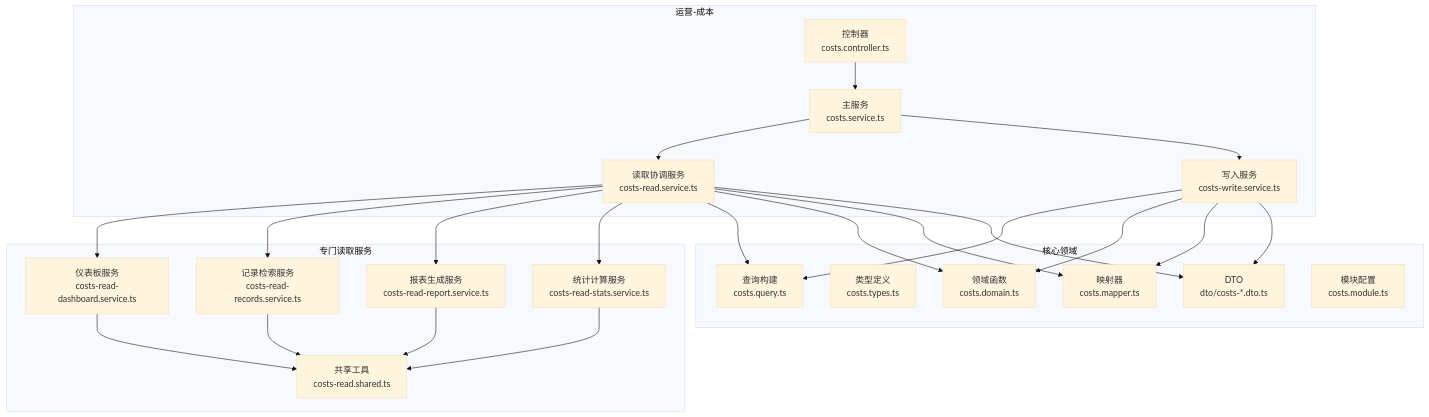
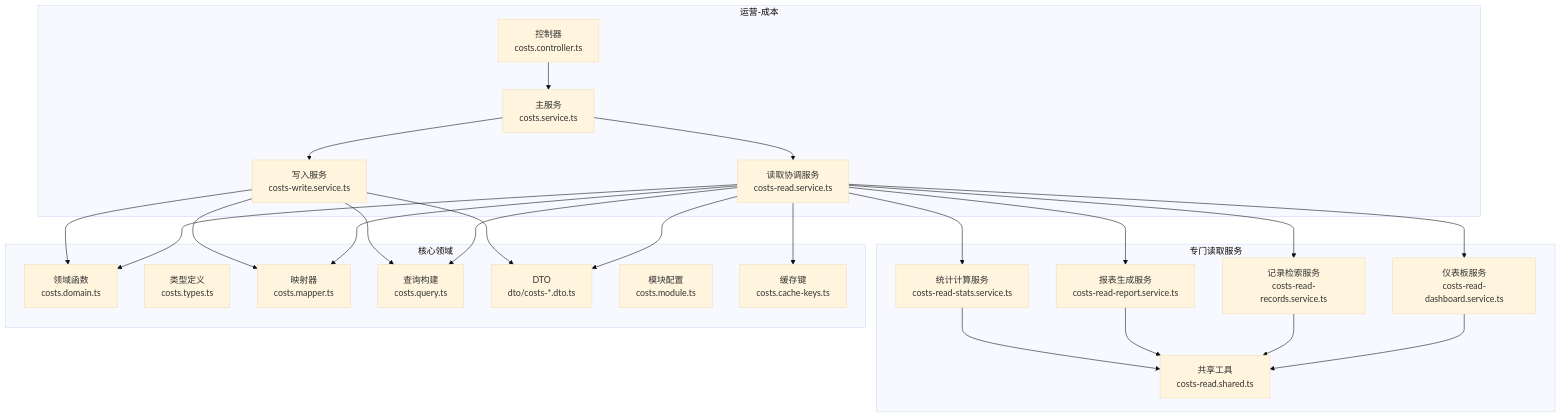
One commit to rc558620/purelyprofit-server changed the first of 9 diagrams in .qoder/repowiki/zh/content/业务模块/运营管理模块/成本管理.md. Above: the diagram before and after it, drawn with Mermaid (base theme). The commit also changed other lines of this file and 78 other files, not shown here.

````diff
--- a/.qoder/repowiki/zh/content/业务模块/运营管理模块/成本管理.md
+++ b/.qoder/repowiki/zh/content/业务模块/运营管理模块/成本管理.md
@@ -48,43 +53,45 @@
 ```mermaid
 graph TB
 subgraph "运营-成本"
 Ctl["控制器<br/>costs.controller.ts"]
 Svc["主服务<br/>costs.service.ts"]
 ReadSvc["读取协调服务<br/>costs-read.service.ts"]
 WriteSvc["写入服务<br/>costs-write.service.ts"]
 end
 subgraph "专门读取服务"
 DashSvc["仪表板服务<br/>costs-read-dashboard.service.ts"]
 RecordsSvc["记录检索服务<br/>costs-read-records.service.ts"]
 ReportSvc["报表生成服务<br/>costs-read-report.service.ts"]
 StatsSvc["统计计算服务<br/>costs-read-stats.service.ts"]
 SharedUtils["共享工具<br/>costs-read.shared.ts"]
 end
 subgraph "核心领域"
 Domain["领域函数<br/>costs.domain.ts"]
 Types["类型定义<br/>costs.types.ts"]
 Mapper["映射器<br/>costs.mapper.ts"]
 Query["查询构建<br/>costs.query.ts"]
 DTOs["DTO<br/>dto/costs-*.dto.ts"]
 Module["模块配置<br/>costs.module.ts"]
+CacheKeys["缓存键<br/>costs.cache-keys.ts"]
 end
 Ctl --> Svc
 Svc --> ReadSvc
 Svc --> WriteSvc
 ReadSvc --> DashSvc
 ReadSvc --> RecordsSvc
 ReadSvc --> ReportSvc
 ReadSvc --> StatsSvc
 DashSvc --> SharedUtils
 RecordsSvc --> SharedUtils
 ReportSvc --> SharedUtils
 StatsSvc --> SharedUtils
 ReadSvc --> Query
 WriteSvc --> Query
 ReadSvc --> Domain
 WriteSvc --> Domain
 ReadSvc --> Mapper
 WriteSvc --> Mapper
 ReadSvc --> DTOs
 WriteSvc --> DTOs
+ReadSvc --> CacheKeys
 ```
````
